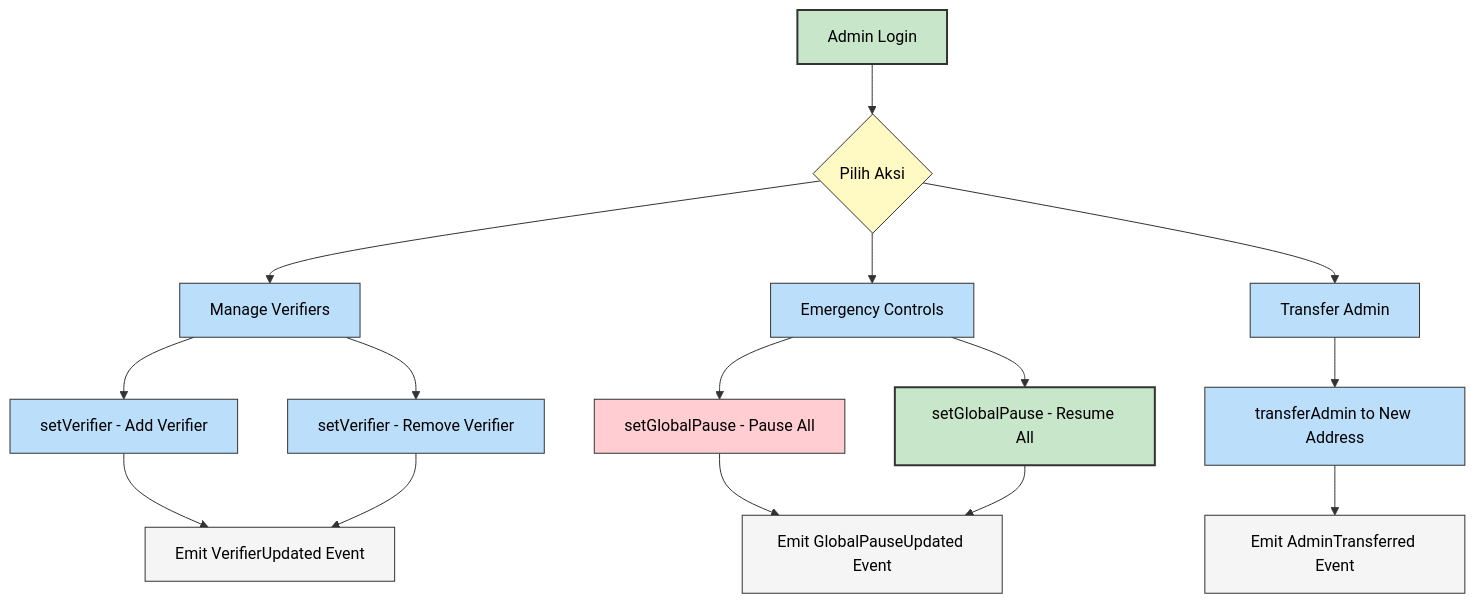
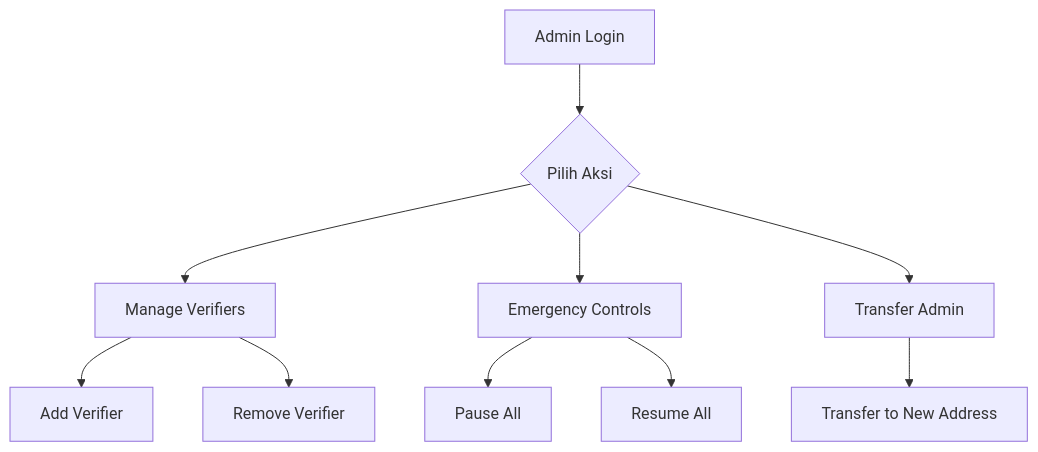
One commit to raflimulyarahman/PocketGrant changed the second of 9 diagrams in WALKTHROUGH.md. Above: the diagram before and after it, drawn with Mermaid. The commit also changed other lines of this file, not shown here.

Commit message:
docs: Simplify mermaid diagrams and entity details in the walkthrough.

````diff
--- a/WALKTHROUGH.md
+++ b/WALKTHROUGH.md
@@ -67,27 +55,12 @@
 ```mermaid
 flowchart TD
-    classDef positive stroke:#333,stroke-width:2px,fill:#c8e6c9,color:#000
-    classDef actionNode stroke:#333,stroke-width:1px,fill:#bbdefb,color:#000
-    classDef decision stroke:#333,stroke-width:1px,fill:#fff9c4,color:#000
-    classDef danger stroke:#333,stroke-width:1px,fill:#ffcdd2,color:#000
-    classDef infoNode stroke:#333,stroke-width:1px,fill:#f5f5f5,color:#000
-
-    A["Admin Login"]:::positive --> B{Pilih Aksi}:::decision
-
-    B --> C["Manage Verifiers"]:::actionNode
-    C --> C1["setVerifier - Add Verifier"]:::actionNode
-    C --> C2["setVerifier - Remove Verifier"]:::actionNode
-
-    B --> D["Emergency Controls"]:::actionNode
-    D --> D1["setGlobalPause - Pause All"]:::danger
-    D --> D2["setGlobalPause - Resume All"]:::positive
-
-    B --> E["Transfer Admin"]:::actionNode
-    E --> E1["transferAdmin to New Address"]:::actionNode
-
-    C1 --> F["Emit VerifierUpdated Event"]:::infoNode
-    C2 --> F
-    D1 --> G["Emit GlobalPauseUpdated Event"]:::infoNode
-    D2 --> G
-    E1 --> H["Emit AdminTransferred Event"]:::infoNode
+    A[Admin Login] --> B{Pilih Aksi}
+    B --> C[Manage Verifiers]
+    B --> D[Emergency Controls]
+    B --> E[Transfer Admin]
+    C --> C1[Add Verifier]
+    C --> C2[Remove Verifier]
+    D --> D1[Pause All]
+    D --> D2[Resume All]
+    E --> E1[Transfer to New Address]
 ```
````
